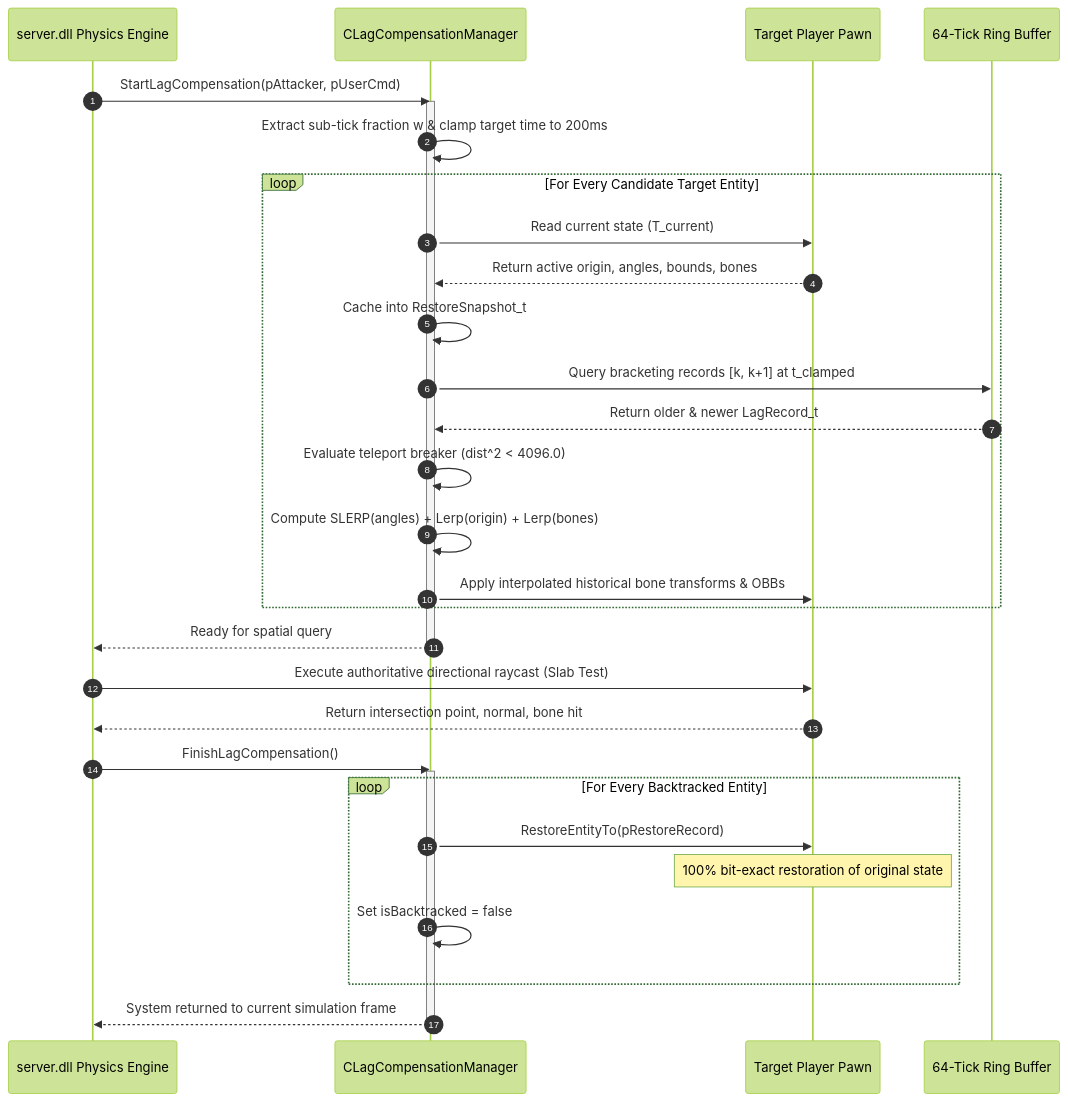
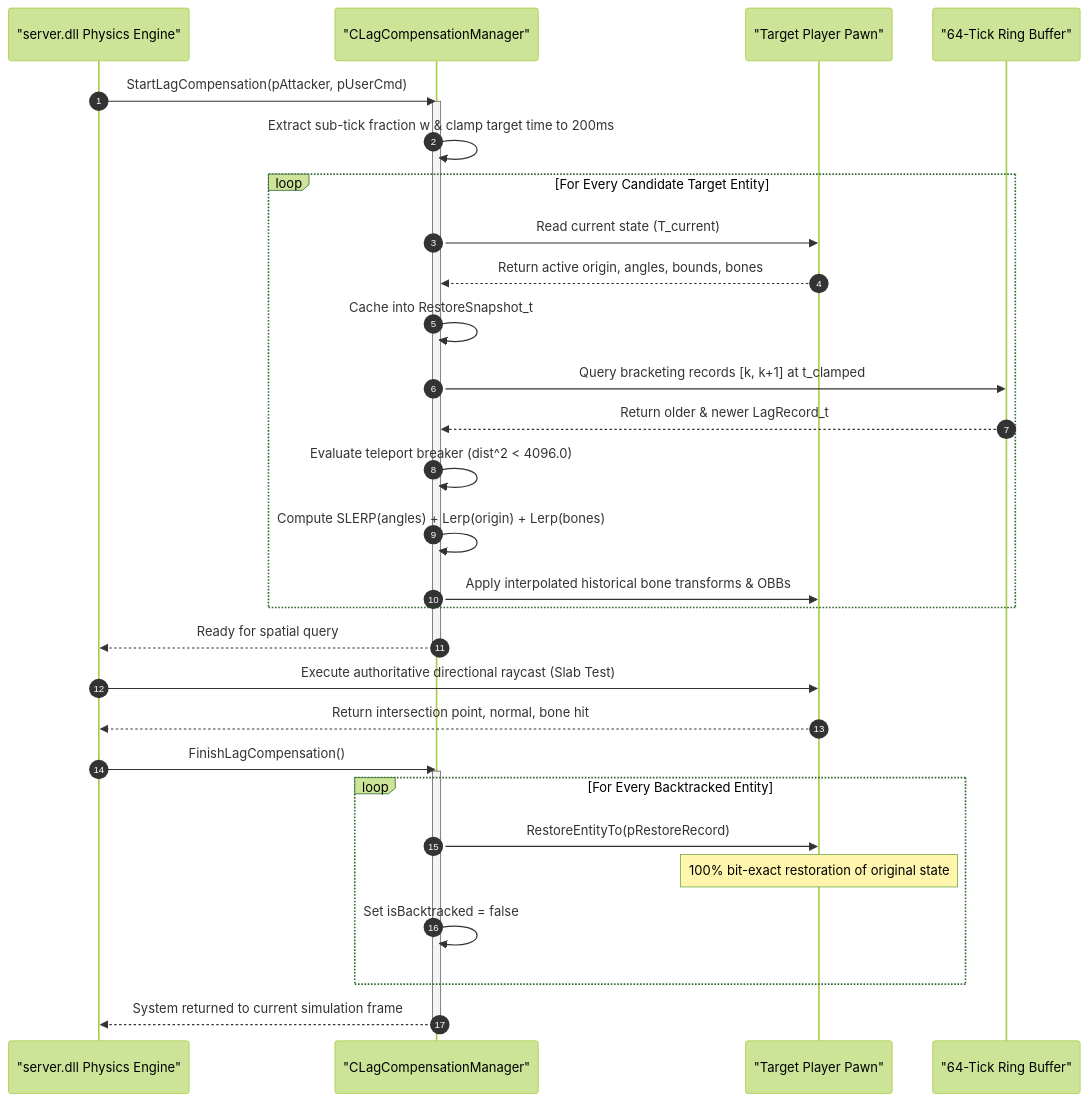
One commit to Hanzkii/cs2-reverse changed the second of 2 diagrams in docs/lag_compensation_rollback.md. Above: the diagram before and after it, drawn with Mermaid (forest theme). The commit also changed 17 other files, not shown here.

Commit message:
fix(docs): quote Mermaid sequence diagram participant labels across all documentation

````diff
--- a/docs/lag_compensation_rollback.md
+++ b/docs/lag_compensation_rollback.md
@@ -323,37 +323,37 @@
 ```mermaid
 sequenceDiagram
     autonumber
-    participant Server as server.dll Physics Engine
-    participant LagComp as CLagCompensationManager
-    participant Entity as Target Player Pawn
-    participant Buffer as 64-Tick Ring Buffer
+    participant Server as "server.dll Physics Engine"
+    participant LagComp as "CLagCompensationManager"
+    participant Entity as "Target Player Pawn"
+    participant Buffer as "64-Tick Ring Buffer"
 
     Server->>LagComp: StartLagCompensation(pAttacker, pUserCmd)
     activate LagComp
     LagComp->>LagComp: Extract sub-tick fraction w & clamp target time to 200ms
     loop For Every Candidate Target Entity
         LagComp->>Entity: Read current state (T_current)
         Entity-->>LagComp: Return active origin, angles, bounds, bones
         LagComp->>LagComp: Cache into RestoreSnapshot_t
         LagComp->>Buffer: Query bracketing records [k, k+1] at t_clamped
         Buffer-->>LagComp: Return older & newer LagRecord_t
         LagComp->>LagComp: Evaluate teleport breaker (dist^2 < 4096.0)
         LagComp->>LagComp: Compute SLERP(angles) + Lerp(origin) + Lerp(bones)
         LagComp->>Entity: Apply interpolated historical bone transforms & OBBs
     end
     LagComp-->>Server: Ready for spatial query
     deactivate LagComp
 
     Server->>Entity: Execute authoritative directional raycast (Slab Test)
     Entity-->>Server: Return intersection point, normal, bone hit
 
     Server->>LagComp: FinishLagCompensation()
     activate LagComp
     loop For Every Backtracked Entity
         LagComp->>Entity: RestoreEntityTo(pRestoreRecord)
         Note over Entity: 100% bit-exact restoration of original state
         LagComp->>LagComp: Set isBacktracked = false
     end
     LagComp-->>Server: System returned to current simulation frame
     deactivate LagComp
 ```
````
